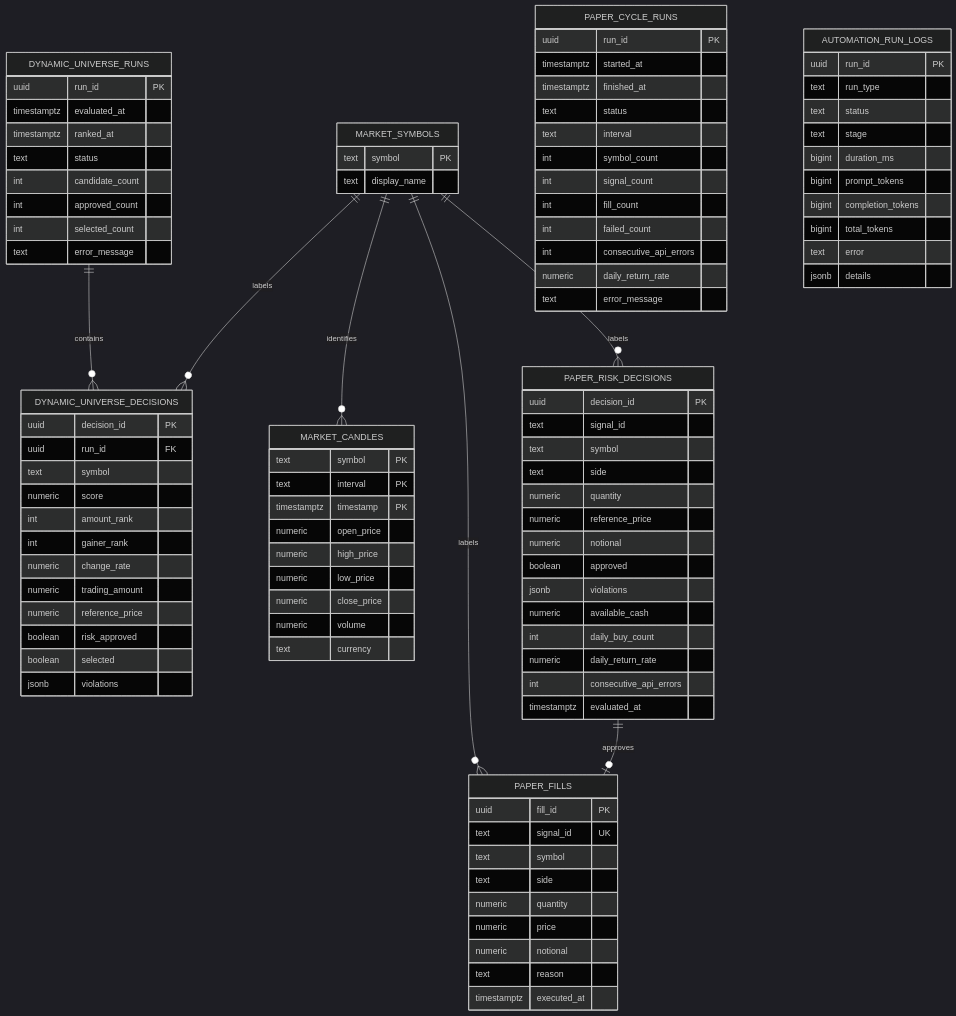
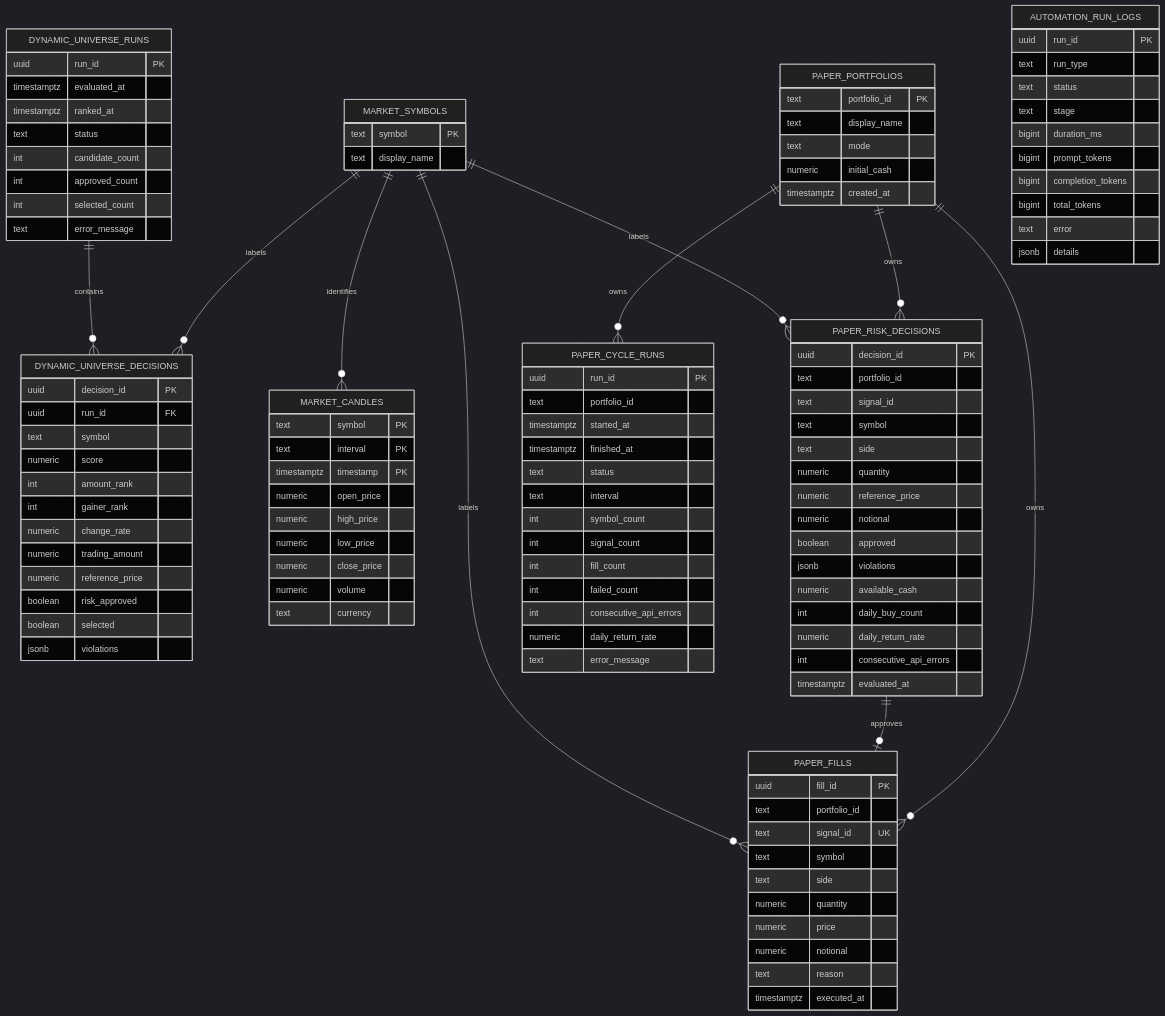
Before and after one commit to hunchulchoi/toss-trader: the fourth of 4 diagrams in docs/system-workflow.md, drawn with Mermaid (dark theme). The commit also changed other lines of this file and 3 other files, not shown here.

Commit message:
feat: chart rule and Hermes comparison

```diff
--- a/docs/system-workflow.md
+++ b/docs/system-workflow.md
@@ -109,6 +113,17 @@
     MARKET_SYMBOLS ||--o{ PAPER_RISK_DECISIONS : labels
     MARKET_SYMBOLS ||--o{ PAPER_FILLS : labels
     PAPER_RISK_DECISIONS ||--o| PAPER_FILLS : approves
+    PAPER_PORTFOLIOS ||--o{ PAPER_CYCLE_RUNS : owns
+    PAPER_PORTFOLIOS ||--o{ PAPER_RISK_DECISIONS : owns
+    PAPER_PORTFOLIOS ||--o{ PAPER_FILLS : owns
+
+    PAPER_PORTFOLIOS {
+        text portfolio_id PK
+        text display_name
+        text mode
+        numeric initial_cash
+        timestamptz created_at
+    }
 
     DYNAMIC_UNIVERSE_RUNS {
         uuid run_id PK
@@ -151,6 +166,7 @@
     }
     PAPER_CYCLE_RUNS {
         uuid run_id PK
+        text portfolio_id
         timestamptz started_at
         timestamptz finished_at
         text status
@@ -165,6 +181,7 @@
     }
     PAPER_RISK_DECISIONS {
         uuid decision_id PK
+        text portfolio_id
         text signal_id
         text symbol
         text side
@@ -181,6 +198,7 @@
     }
     PAPER_FILLS {
         uuid fill_id PK
+        text portfolio_id
         text signal_id UK
         text symbol
         text side
```
